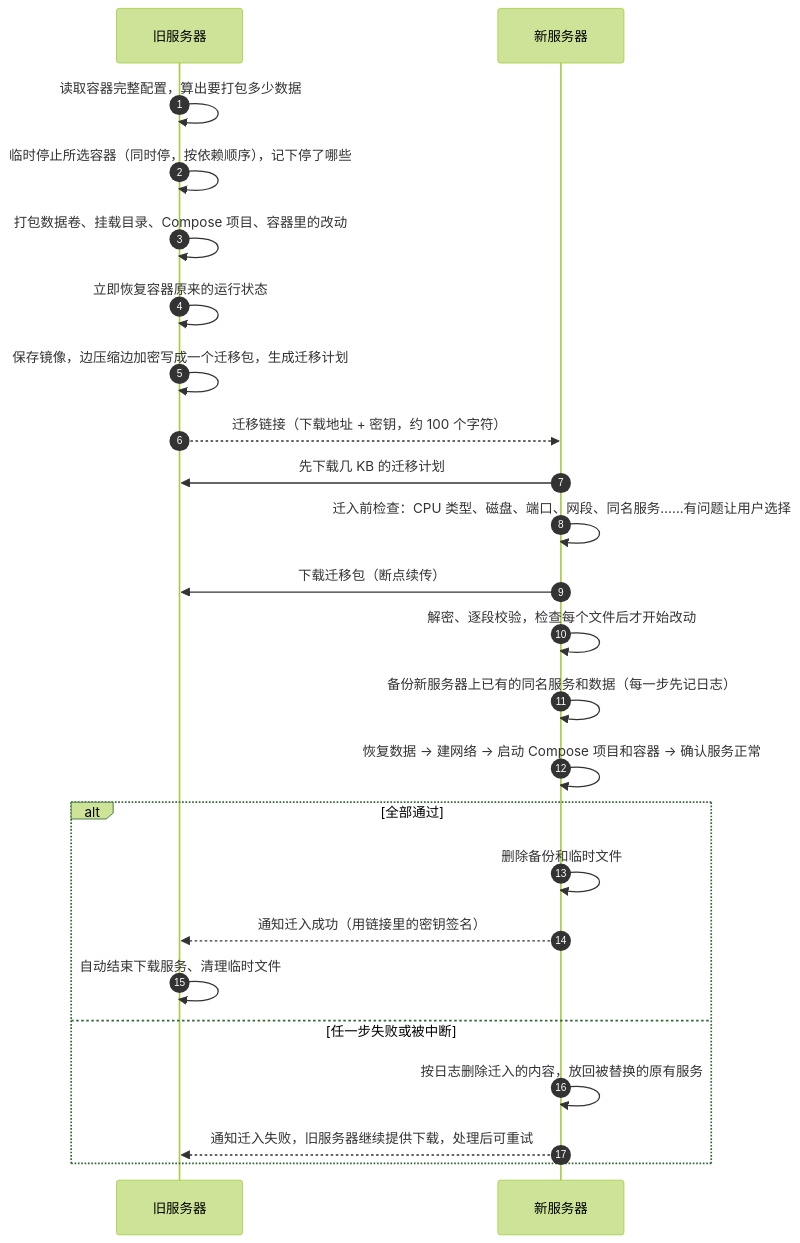
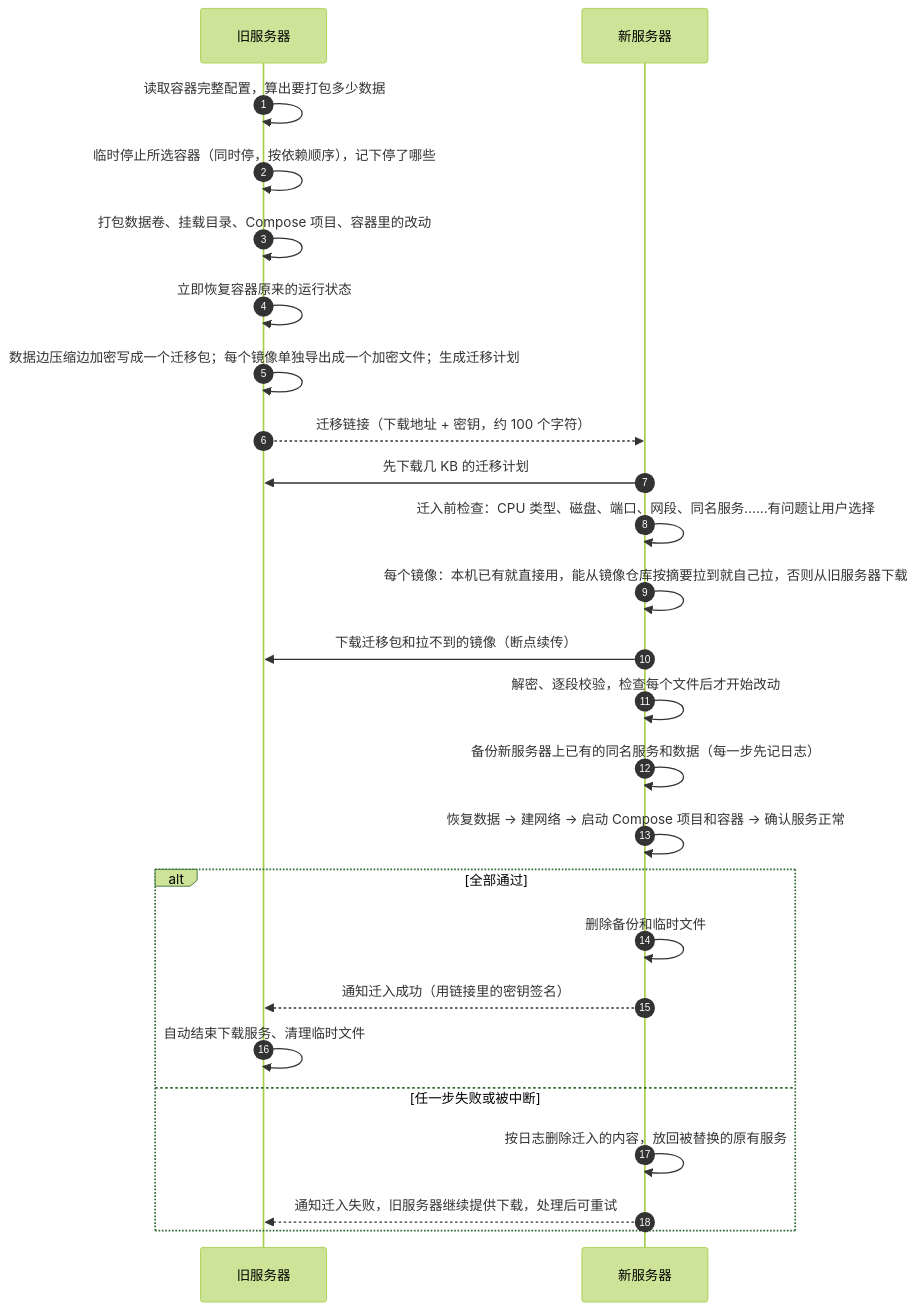
Before and after one commit to lx969788249/dockhop: the diagram in README.md, drawn with Mermaid (forest theme). The commit also changed other lines of this file and 21 other files, not shown here.

````diff
--- a/README.md
+++ b/README.md
@@ -131,26 +131,27 @@
 ```mermaid
 sequenceDiagram
     autonumber
     participant A as 旧服务器
     participant B as 新服务器
     A->>A: 读取容器完整配置，算出要打包多少数据
     A->>A: 临时停止所选容器（同时停，按依赖顺序），记下停了哪些
     A->>A: 打包数据卷、挂载目录、Compose 项目、容器里的改动
     A->>A: 立即恢复容器原来的运行状态
-    A->>A: 保存镜像，边压缩边加密写成一个迁移包，生成迁移计划
+    A->>A: 数据边压缩边加密写成一个迁移包；每个镜像单独导出成一个加密文件；生成迁移计划
     A-->>B: 迁移链接（下载地址 + 密钥，约 100 个字符）
     B->>A: 先下载几 KB 的迁移计划
     B->>B: 迁入前检查：CPU 类型、磁盘、端口、网段、同名服务……有问题让用户选择
-    B->>A: 下载迁移包（断点续传）
+    B->>B: 每个镜像：本机已有就直接用，能从镜像仓库按摘要拉到就自己拉，否则从旧服务器下载
+    B->>A: 下载迁移包和拉不到的镜像（断点续传）
     B->>B: 解密、逐段校验，检查每个文件后才开始改动
     B->>B: 备份新服务器上已有的同名服务和数据（每一步先记日志）
     B->>B: 恢复数据 → 建网络 → 启动 Compose 项目和容器 → 确认服务正常
     alt 全部通过
         B->>B: 删除备份和临时文件
         B-->>A: 通知迁入成功（用链接里的密钥签名）
         A->>A: 自动结束下载服务、清理临时文件
     else 任一步失败或被中断
         B->>B: 按日志删除迁入的内容，放回被替换的原有服务
         B-->>A: 通知迁入失败，旧服务器继续提供下载，处理后可重试
     end
 ```
````
